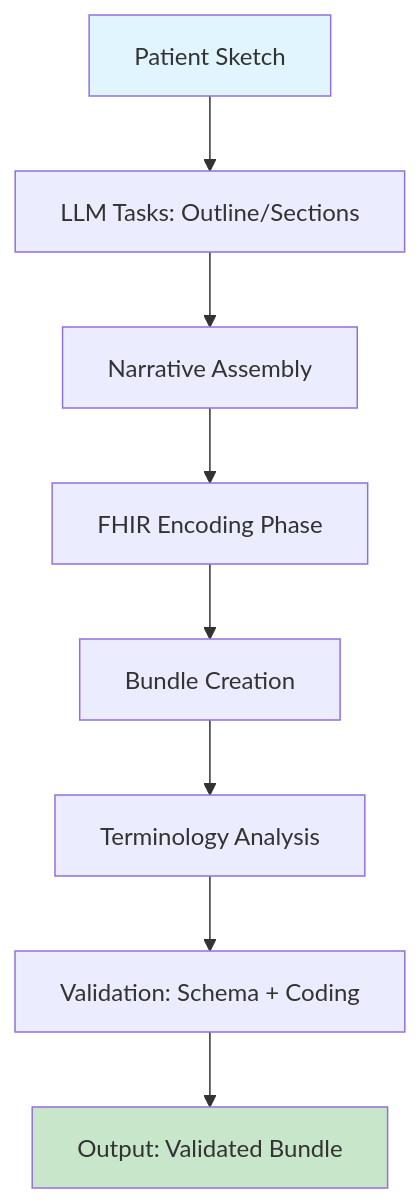
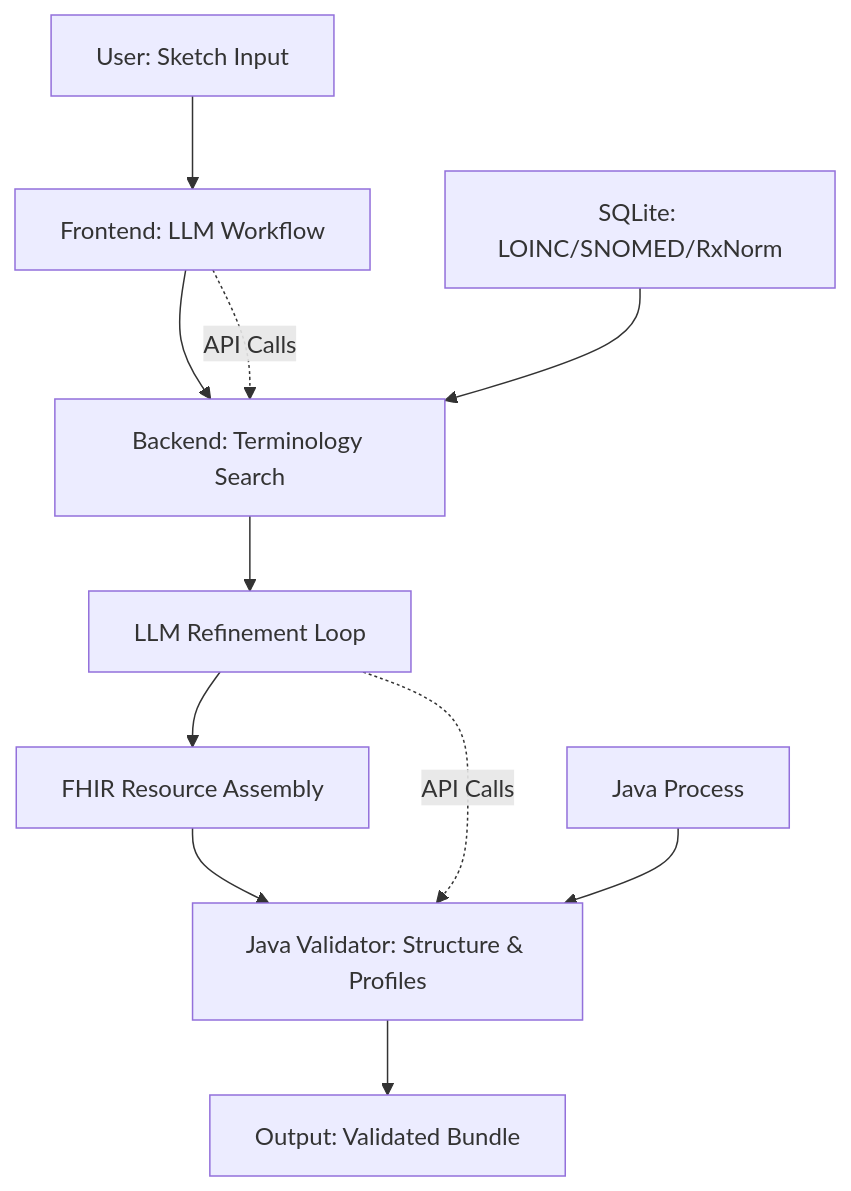
One commit to jmandel/kiln changed the diagram in README.md. Above: the diagram before and after it, drawn with Mermaid. The commit also changed other lines of this file and 8 other files, not shown here.

````diff
--- a/README.md
+++ b/README.md
@@ -44,12 +75,13 @@
 ```mermaid
 graph TD
-    A[Patient Sketch] --> B[LLM Tasks: Outline/Sections]
-    B --> C[Narrative Assembly]
-    C --> D[FHIR Encoding Phase]
-    D --> E[Bundle Creation]
-    E --> F[Terminology Analysis]
-    F --> G[Validation: Schema + Coding]
-    G --> H[Output: Validated Bundle]
-    style A fill:#e1f5fe
-    style H fill:#c8e6c9
+    A[User: Sketch Input] --> B[Frontend: LLM Workflow]
+    B --> C[Backend: Terminology Search]
+    C --> D[LLM Refinement Loop]
+    D --> E[FHIR Resource Assembly]
+    E --> F[Java Validator: Structure & Profiles]
+    F --> G[Output: Validated Bundle]
+    B -.->|API Calls| C
+    D -.->|API Calls| F
+    H[SQLite: LOINC/SNOMED/RxNorm] --> C
+    I[Java Process] --> F
 ```
````
